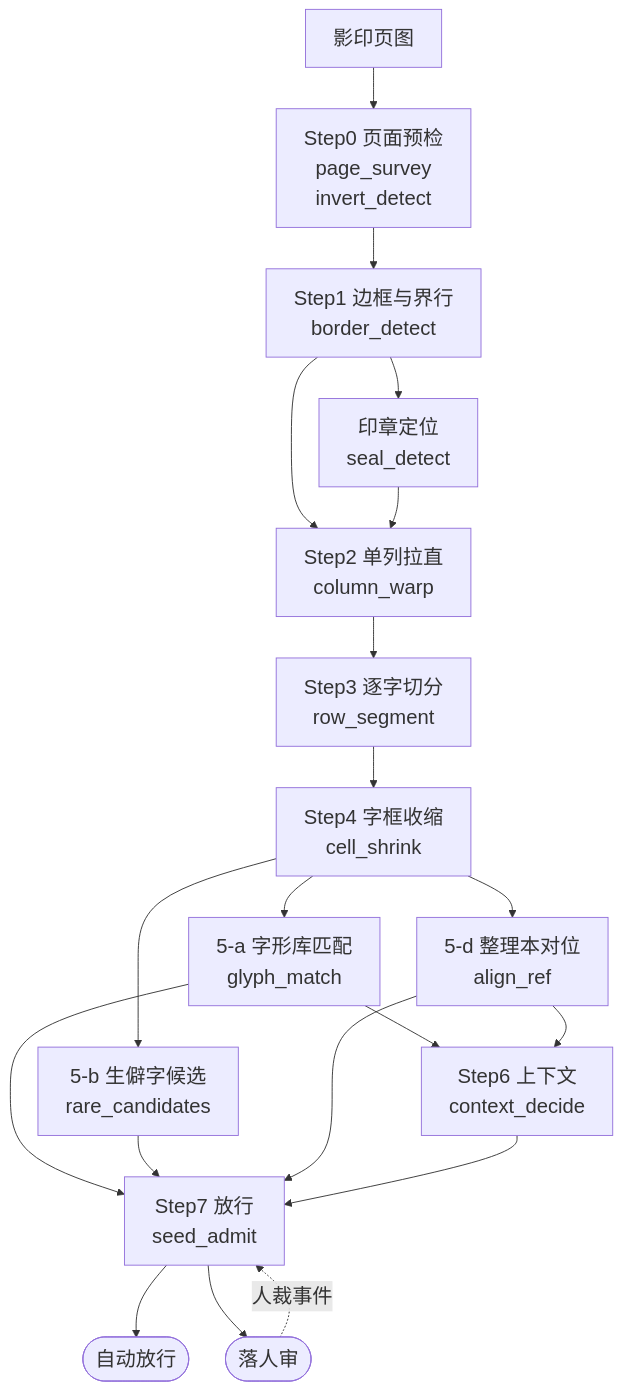
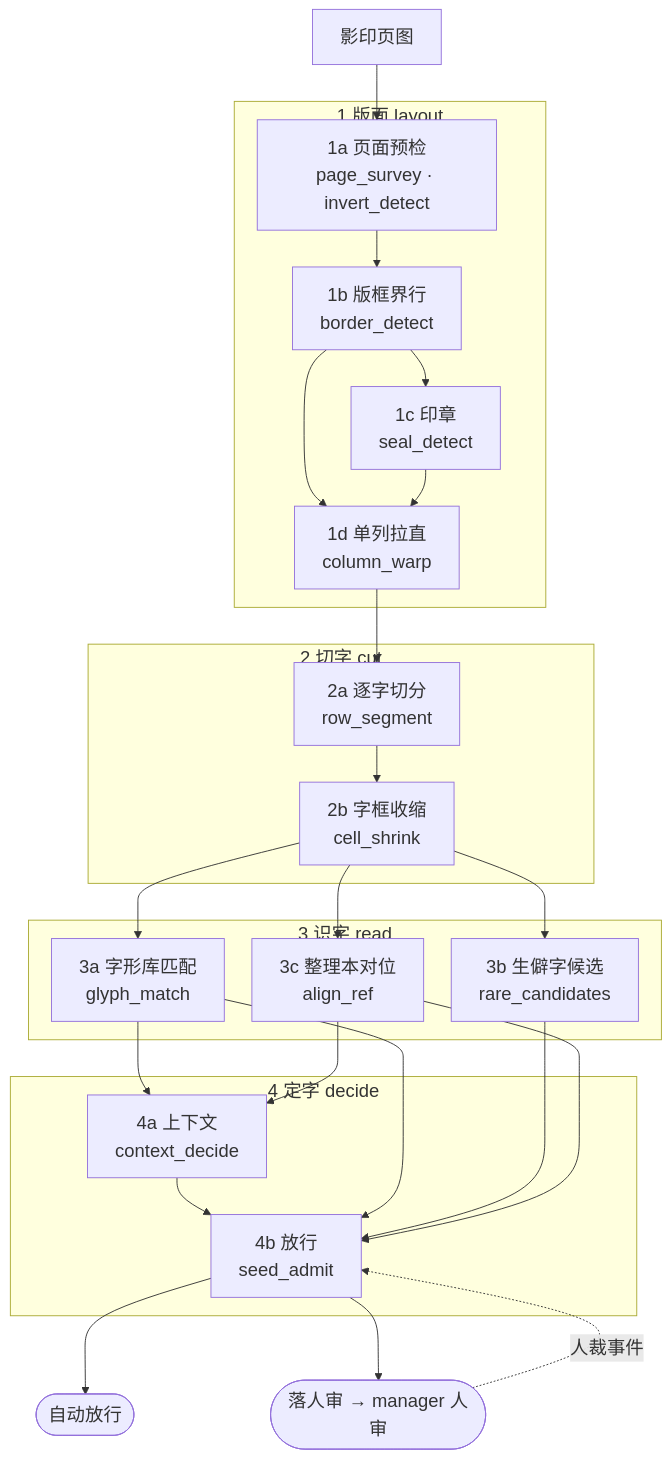
Before and after one commit to open-guji/open-guji-cv: the diagram in wiki/管线全景.md, drawn with Mermaid. The commit also changed other lines of this file and 17 other files, not shown here.

````diff
--- a/wiki/管线全景.md
+++ b/wiki/管线全景.md
@@ -9,23 +18,31 @@
 ```mermaid
-%%{init: {"themeVariables": {"fontSize": "22px"}, "flowchart": {"nodeSpacing": 40, "rankSpacing": 45}}}%%
+%%{init: {"themeVariables": {"fontSize": "20px"}, "flowchart": {"nodeSpacing": 30, "rankSpacing": 40}}}%%
 flowchart TD
-  raw[影印页图] --> s0["Step0 页面预检<br/>page_survey<br/>invert_detect"]
-  s0 --> s1["Step1 边框与界行<br/>border_detect"]
-  s1 --> seal["印章定位<br/>seal_detect"]
-  s1 --> s2["Step2 单列拉直<br/>column_warp"]
-  seal --> s2
-  s2 --> s3["Step3 逐字切分<br/>row_segment"]
-  s3 --> s4["Step4 字框收缩<br/>cell_shrink"]
-  s4 --> a["5-a 字形库匹配<br/>glyph_match"]
-  s4 --> b["5-b 生僻字候选<br/>rare_candidates"]
-  s4 --> d["5-d 整理本对位<br/>align_ref"]
-  a --> s6["Step6 上下文<br/>context_decide"]
+  raw[影印页图]
+  subgraph L["1 版面 layout"]
+    s0["1a 页面预检<br/>page_survey · invert_detect"] --> s1["1b 版框界行<br/>border_detect"]
+    s1 --> seal["1c 印章<br/>seal_detect"]
+    s1 --> s2["1d 单列拉直<br/>column_warp"]
+    seal --> s2
+  end
+  subgraph C["2 切字 cut"]
+    s3["2a 逐字切分<br/>row_segment"] --> s4["2b 字框收缩<br/>cell_shrink"]
+  end
+  subgraph R["3 识字 read"]
+    a["3a 字形库匹配<br/>glyph_match"]
+    b["3b 生僻字候选<br/>rare_candidates"]
+    d["3c 整理本对位<br/>align_ref"]
+  end
+  subgraph D["4 定字 decide"]
+    s6["4a 上下文<br/>context_decide"] --> s7["4b 放行<br/>seed_admit"]
+  end
+  raw --> s0
+  s2 --> s3
+  s4 --> a & b & d
+  a --> s6
   d --> s6
-  a --> s7["Step7 放行<br/>seed_admit"]
-  b --> s7
-  d --> s7
-  s6 --> s7
+  a & b & d --> s7
   s7 --> auto([自动放行])
-  s7 --> rev([落人审])
+  s7 --> rev([落人审 → manager 人审])
   rev -. 人裁事件 .-> s7
 ```
````
